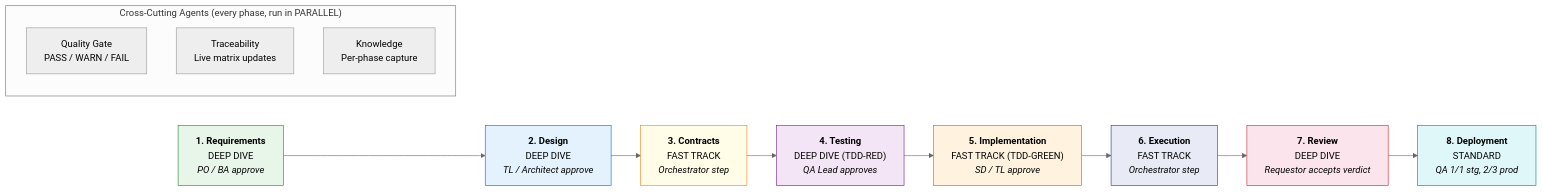
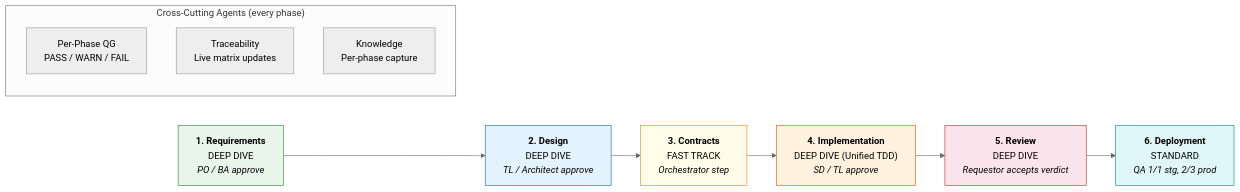
One commit to baodq97/open-plugin changed the first of 2 diagrams in plugins/vbounce/skills/vbounce/references/workflows-by-role.md. Above: the diagram before and after it, drawn with Mermaid (neutral theme). The commit also changed other lines of this file and 25 other files, not shown here.

First line of the commit message:
feat(vbounce): upgrade to v5.1 — unified TDD, per-phase QG agents, parallel impl

````diff
--- a/plugins/vbounce/skills/vbounce/references/workflows-by-role.md
+++ b/plugins/vbounce/skills/vbounce/references/workflows-by-role.md
@@ -15,28 +15,24 @@
 ```mermaid
 flowchart LR
     REQ["<b>1. Requirements</b><br/>DEEP DIVE<br/><i>PO / BA approve</i>"]
     DES["<b>2. Design</b><br/>DEEP DIVE<br/><i>TL / Architect approve</i>"]
     CON["<b>3. Contracts</b><br/>FAST TRACK<br/><i>Orchestrator step</i>"]
-    TST["<b>4. Testing</b><br/>DEEP DIVE (TDD-RED)<br/><i>QA Lead approves</i>"]
-    IMP["<b>5. Implementation</b><br/>FAST TRACK (TDD-GREEN)<br/><i>SD / TL approve</i>"]
-    EXE["<b>6. Execution</b><br/>FAST TRACK<br/><i>Orchestrator step</i>"]
-    REV["<b>7. Review</b><br/>DEEP DIVE<br/><i>Requestor accepts verdict</i>"]
-    DEP["<b>8. Deployment</b><br/>STANDARD<br/><i>QA 1/1 stg, 2/3 prod</i>"]
+    IMP["<b>4. Implementation</b><br/>DEEP DIVE (Unified TDD)<br/><i>SD / TL approve</i>"]
+    REV["<b>5. Review</b><br/>DEEP DIVE<br/><i>Requestor accepts verdict</i>"]
+    DEP["<b>6. Deployment</b><br/>STANDARD<br/><i>QA 1/1 stg, 2/3 prod</i>"]
 
-    REQ --> DES --> CON --> TST --> IMP --> EXE --> REV --> DEP
+    REQ --> DES --> CON --> IMP --> REV --> DEP
 
-    subgraph "Cross-Cutting Agents (every phase, run in PARALLEL)"
-        QG["Quality Gate<br/>PASS / WARN / FAIL"]
+    subgraph "Cross-Cutting Agents (every phase)"
+        QG["Per-Phase QG<br/>PASS / WARN / FAIL"]
         TR["Traceability<br/>Live matrix updates"]
         KC["Knowledge<br/>Per-phase capture"]
     end
 
     style REQ fill:#e8f5e9,stroke:#2e7d32
     style DES fill:#e3f2fd,stroke:#1565c0
     style CON fill:#fffde7,stroke:#f57f17
-    style TST fill:#f3e5f5,stroke:#6a1b9a
     style IMP fill:#fff3e0,stroke:#e65100
-    style EXE fill:#e8eaf6,stroke:#283593
     style REV fill:#fce4ec,stroke:#c62828
     style DEP fill:#e0f7fa,stroke:#00838f
 ```
````
